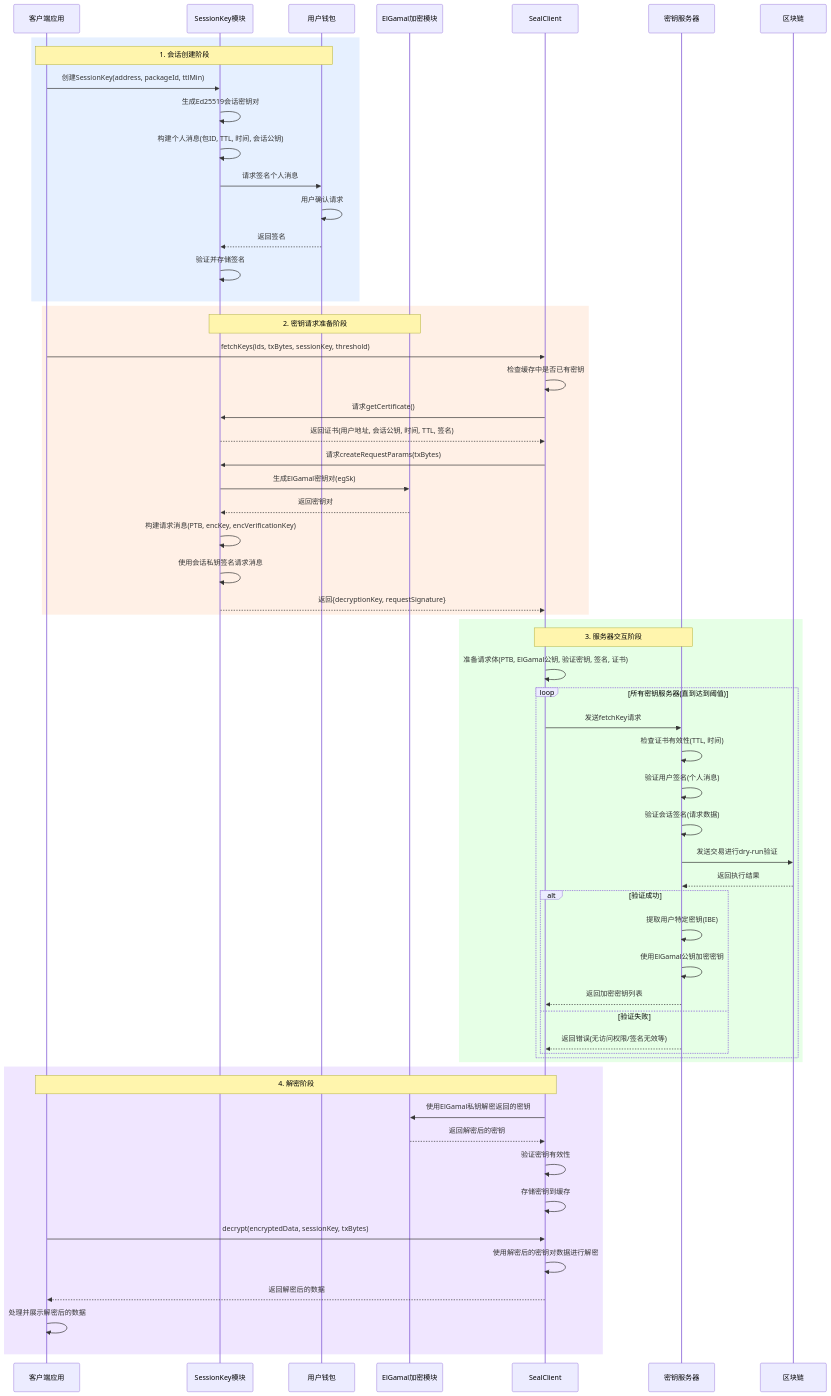
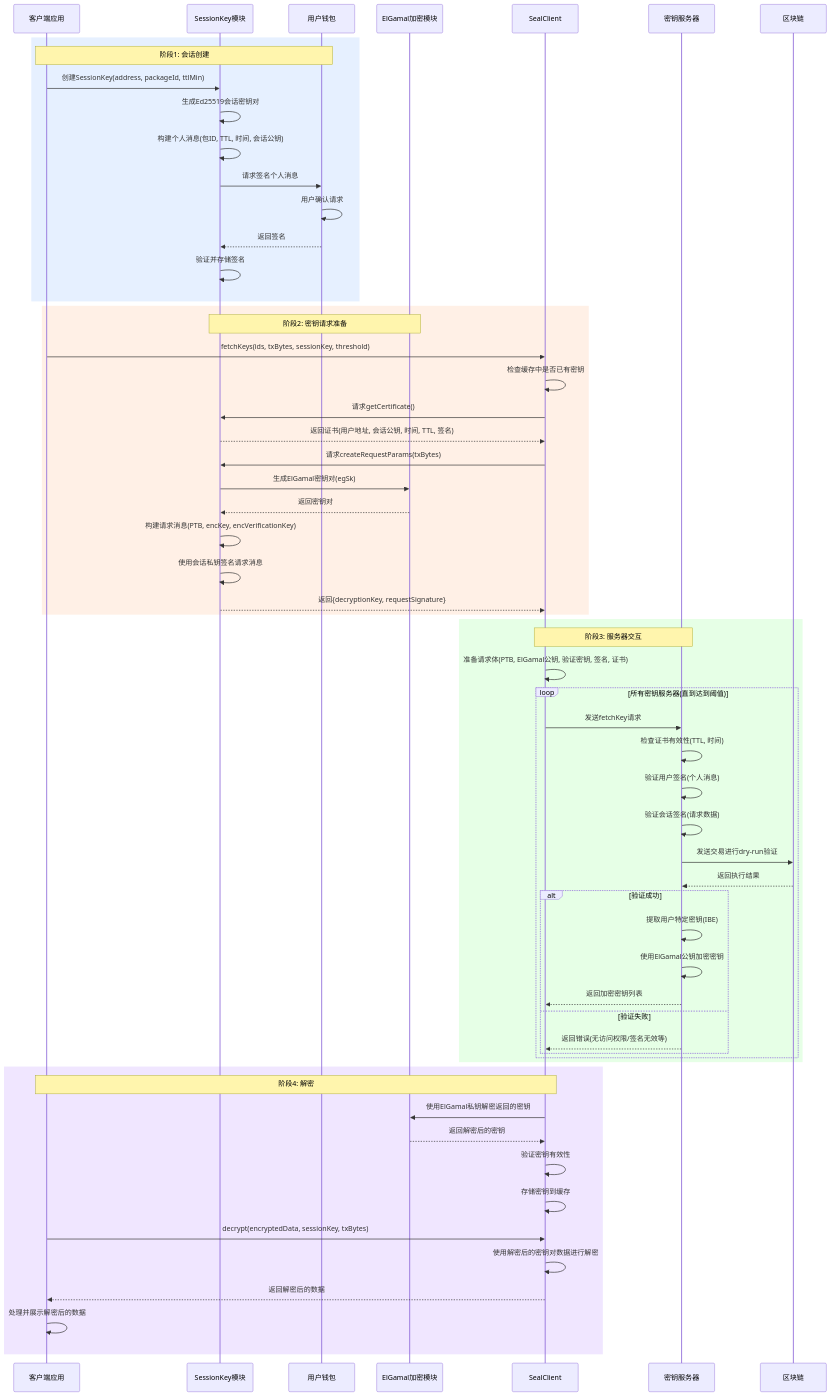
Before and after one commit to Euraxluo/seal-101: the second of 9 diagrams in README.md, drawn with Mermaid. The commit also changed other lines of this file, not shown here.

````diff
--- a/README.md
+++ b/README.md
@@ -37,74 +58,74 @@
 ```mermaid
 sequenceDiagram
     participant Client as 客户端应用
     participant SessionKey as SessionKey模块
     participant Wallet as 用户钱包
     participant ElGamal as ElGamal加密模块
     participant SealClient as SealClient
     participant KeyServer as 密钥服务器
     participant Chain as 区块链
     
     %% 1. 会话创建阶段
     rect rgb(230, 240, 255)
-    note over Client, Wallet: 1. 会话创建阶段
+    note over Client, Wallet: 阶段1: 会话创建
     Client->>SessionKey: 创建SessionKey(address, packageId, ttlMin)
     SessionKey->>SessionKey: 生成Ed25519会话密钥对
     SessionKey->>SessionKey: 构建个人消息(包ID, TTL, 时间, 会话公钥)
     SessionKey->>Wallet: 请求签名个人消息
     Wallet->>Wallet: 用户确认请求
     Wallet-->>SessionKey: 返回签名
     SessionKey->>SessionKey: 验证并存储签名
     end
     
     %% 2. 密钥请求准备阶段
     rect rgb(255, 240, 230)
-    note over SessionKey, ElGamal: 2. 密钥请求准备阶段
+    note over SessionKey, ElGamal: 阶段2: 密钥请求准备
     Client->>SealClient: fetchKeys(ids, txBytes, sessionKey, threshold)
     SealClient->>SealClient: 检查缓存中是否已有密钥
     SealClient->>SessionKey: 请求getCertificate()
     SessionKey-->>SealClient: 返回证书(用户地址, 会话公钥, 时间, TTL, 签名)
     SealClient->>SessionKey: 请求createRequestParams(txBytes)
     SessionKey->>ElGamal: 生成ElGamal密钥对(egSk)
     ElGamal-->>SessionKey: 返回密钥对
     SessionKey->>SessionKey: 构建请求消息(PTB, encKey, encVerificationKey)
     SessionKey->>SessionKey: 使用会话私钥签名请求消息
     SessionKey-->>SealClient: 返回{decryptionKey, requestSignature}
     end
     
     %% 3. 服务器交互阶段
     rect rgb(230, 255, 230)
-    note over SealClient, KeyServer: 3. 服务器交互阶段
+    note over SealClient, KeyServer: 阶段3: 服务器交互
     SealClient->>SealClient: 准备请求体(PTB, ElGamal公钥, 验证密钥, 签名, 证书)
     
     loop 所有密钥服务器(直到达到阈值)
         SealClient->>KeyServer: 发送fetchKey请求
         KeyServer->>KeyServer: 检查证书有效性(TTL, 时间)
         KeyServer->>KeyServer: 验证用户签名(个人消息)
         KeyServer->>KeyServer: 验证会话签名(请求数据)
         KeyServer->>Chain: 发送交易进行dry-run验证
         Chain-->>KeyServer: 返回执行结果
         
         alt 验证成功
             KeyServer->>KeyServer: 提取用户特定密钥(IBE)
             KeyServer->>KeyServer: 使用ElGamal公钥加密密钥
             KeyServer-->>SealClient: 返回加密密钥列表
         else 验证失败
             KeyServer-->>SealClient: 返回错误(无访问权限/签名无效等)
         end
     end
     end
     
     %% 4. 解密阶段
     rect rgb(240, 230, 255)
-    note over SealClient, Client: 4. 解密阶段
+    note over SealClient, Client: 阶段4: 解密
     SealClient->>ElGamal: 使用ElGamal私钥解密返回的密钥
     ElGamal-->>SealClient: 返回解密后的密钥
     SealClient->>SealClient: 验证密钥有效性
     SealClient->>SealClient: 存储密钥到缓存
     
     Client->>SealClient: decrypt(encryptedData, sessionKey, txBytes)
     SealClient->>SealClient: 使用解密后的密钥对数据进行解密
     SealClient-->>Client: 返回解密后的数据
     Client->>Client: 处理并展示解密后的数据
     end
 ```
````
